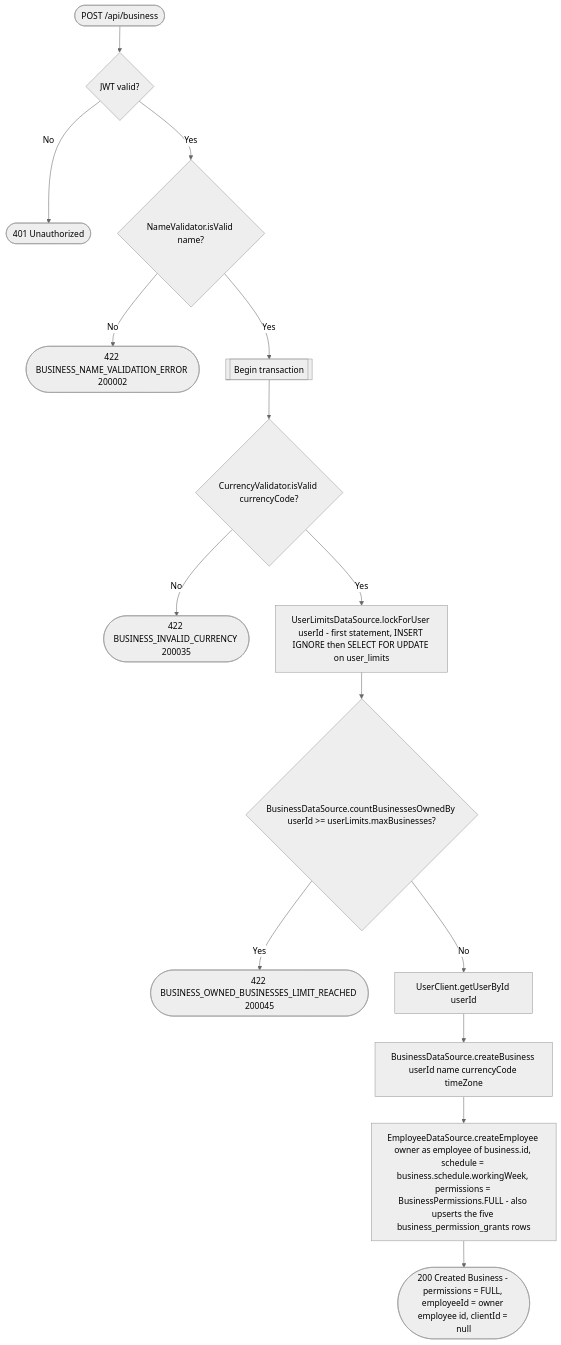
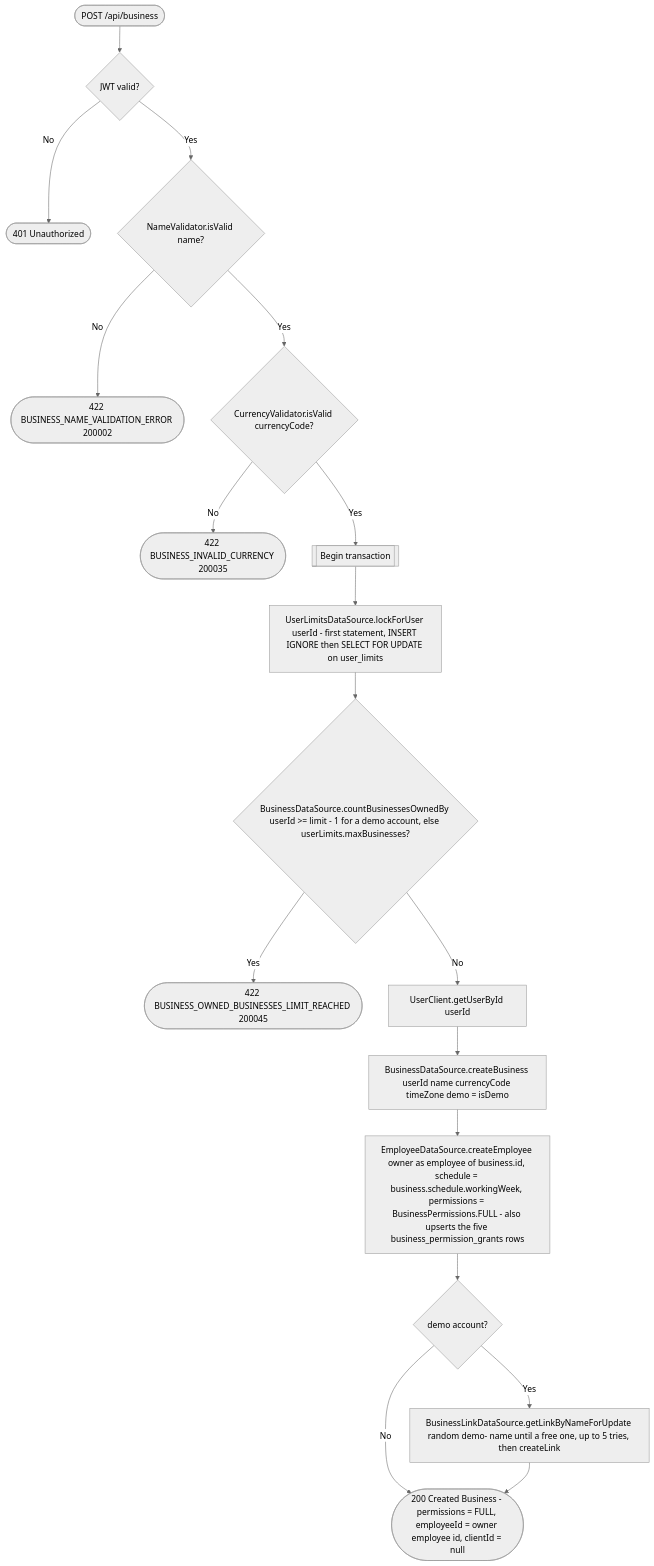
Before and after one commit to nocturneproperties/bookkme: the diagram in docs/operations/business/create-business.md, drawn with Mermaid (neutral theme). The commit also changed other lines of this file and 24 other files, not shown here.

Commit message:
[ISSUE-205] mark demo businesses, limit demo owners to one and clear the flag on upgrade

````diff
--- a/docs/operations/business/create-business.md
+++ b/docs/operations/business/create-business.md
@@ -23,17 +33,20 @@
 ```mermaid
 flowchart TD
     Start([POST /api/business]) --> Auth{JWT valid?}
     Auth -- No --> R401([401 Unauthorized])
     Auth -- Yes --> NameCheck{NameValidator.isValid name?}
     NameCheck -- No --> R422a([422 BUSINESS_NAME_VALIDATION_ERROR 200002])
-    NameCheck -- Yes --> Tx[[Begin transaction]]
-    Tx --> CurrencyCheck{CurrencyValidator.isValid currencyCode?}
+    NameCheck -- Yes --> CurrencyCheck{CurrencyValidator.isValid currencyCode?}
     CurrencyCheck -- No --> R422c([422 BUSINESS_INVALID_CURRENCY 200035])
-    CurrencyCheck -- Yes --> LockLimits[UserLimitsDataSource.lockForUser userId - first statement, INSERT IGNORE then SELECT FOR UPDATE on user_limits]
-    LockLimits --> Owned{BusinessDataSource.countBusinessesOwnedBy userId >= userLimits.maxBusinesses?}
+    CurrencyCheck -- Yes --> Tx[[Begin transaction]]
+    Tx --> LockLimits[UserLimitsDataSource.lockForUser userId - first statement, INSERT IGNORE then SELECT FOR UPDATE on user_limits]
+    LockLimits --> Owned{BusinessDataSource.countBusinessesOwnedBy userId >= limit - 1 for a demo account, else userLimits.maxBusinesses?}
     Owned -- Yes --> R422m([422 BUSINESS_OWNED_BUSINESSES_LIMIT_REACHED 200045])
     Owned -- No --> ResolveOwner[UserClient.getUserById userId]
-    ResolveOwner --> Create[BusinessDataSource.createBusiness userId name currencyCode timeZone]
+    ResolveOwner --> Create[BusinessDataSource.createBusiness userId name currencyCode timeZone demo = isDemo]
     Create --> CreateEmployee[EmployeeDataSource.createEmployee owner as employee of business.id, schedule = business.schedule.workingWeek, permissions = BusinessPermissions.FULL - also upserts the five business_permission_grants rows]
-    CreateEmployee --> R200([200 Created Business - permissions = FULL, employeeId = owner employee id, clientId = null])
+    CreateEmployee --> Demo{demo account?}
+    Demo -- No --> R200([200 Created Business - permissions = FULL, employeeId = owner employee id, clientId = null])
+    Demo -- Yes --> Link[BusinessLinkDataSource.getLinkByNameForUpdate random demo- name until a free one, up to 5 tries, then createLink]
+    Link --> R200
 ```
````
